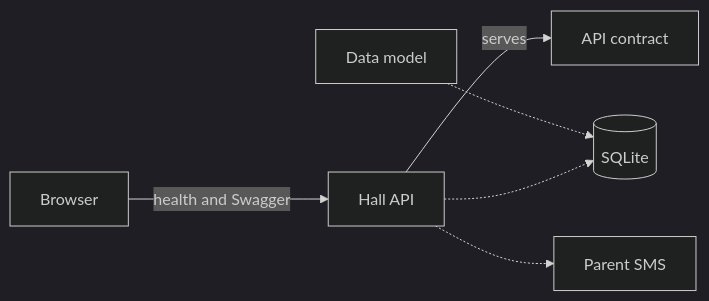
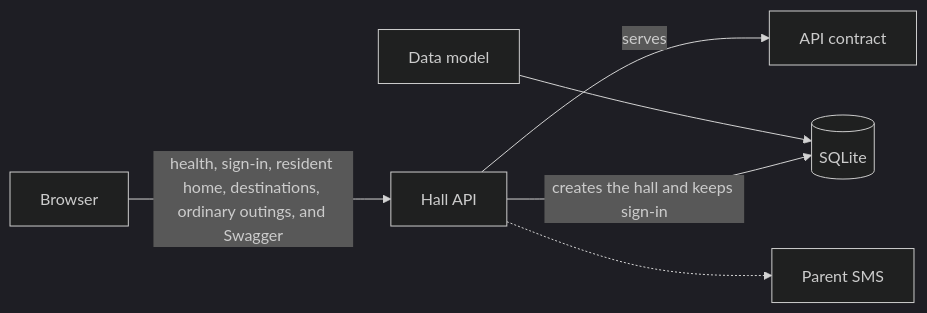
Before and after one commit to AbuIqbal123/BSJ-Hostel-Management: the diagram in docs/system-architecture.md, drawn with Mermaid (dark theme). The commit also changed other lines of this file and 139 other files, not shown here.

First line of the commit message:
Add sign-in, resident home, and ordinary outing plans.

````diff
--- a/docs/system-architecture.md
+++ b/docs/system-architecture.md
@@ -7,8 +7,8 @@
 ```mermaid
 flowchart LR
-  browser["Browser"] -->|"health and Swagger"| api["Hall API"]
+  browser["Browser"] -->|"health, sign-in, resident home, destinations, ordinary outings, and Swagger"| api["Hall API"]
   api -->|"serves"| contract["API contract"]
-  model["Data model"] -.-> db[("SQLite")]
-  api -.-> db
+  model["Data model"] --> db[("SQLite")]
+  api -->|"creates the hall and keeps sign-in"| db
   api -.-> sms["Parent SMS"]
 ```
````
